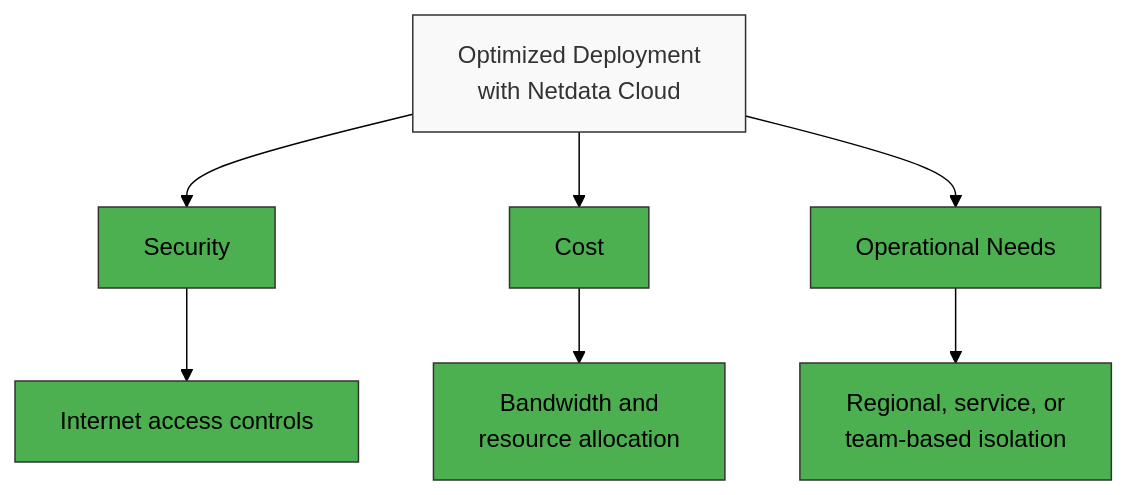
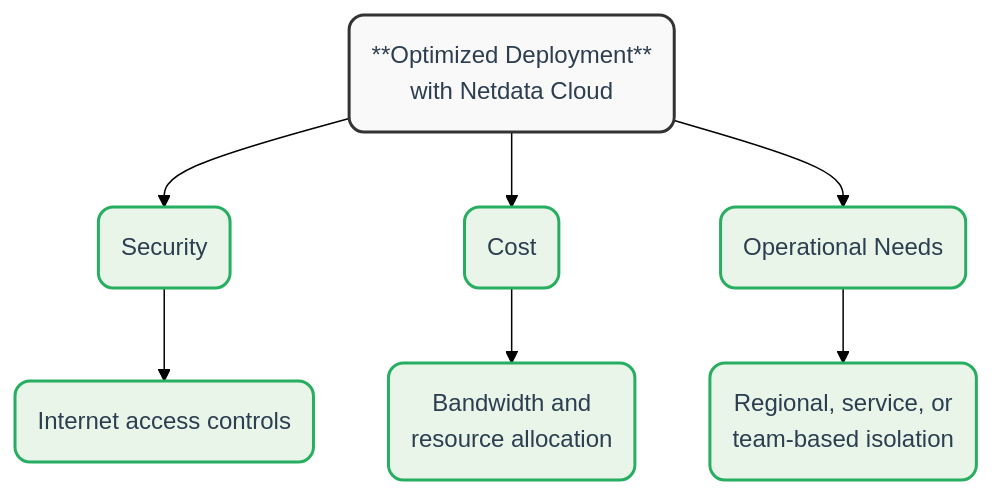
The first of 2 diagrams in docs/observability-centralization-points/best-practices.md (netdata/netdata), drawn with Mermaid (forest theme) before and after one commit. The commit also changed other lines of this file and 7 other files, not shown here.

````diff
--- a/docs/observability-centralization-points/best-practices.md
+++ b/docs/observability-centralization-points/best-practices.md
@@ -14,15 +17,32 @@
 ```mermaid
-graph TD
-    A[Optimized Deployment<br>with Netdata Cloud] --> B[Security]
-    A --> C[Cost]
-    A --> D[Operational Needs]
-    
-    B --> B1[Internet access controls]
-    C --> C1[Bandwidth and<br>resource allocation]
-    D --> D1[Regional, service, or<br>team-based isolation]
-    
-classDef default fill:#f9f9f9,stroke:#333,stroke-width:1px,color:#333;
-classDef green fill:#4caf50,stroke:#333,stroke-width:1px,color:black;
-class A default;
-class B,C,D,B1,C1,D1 green;
+flowchart TB
+    A[A]
+    B[B]
+    C[C]
+    D[D]
+    B1[B1]
+    C1[C1]
+    D1[D1]
+    A("**Optimized Deployment**<br/>with Netdata Cloud")
+    B("Security")
+    C("Cost")
+    D("Operational Needs")
+    B1("Internet access controls")
+    C1("Bandwidth and<br/>resource allocation")
+    D1("Regional, service, or<br/>team-based isolation")
+    A --> B
+    A --> C
+    A --> D
+    B --> B1
+    C --> C1
+    D --> D1
+    classDef default fill: #f9f9f9, stroke: #333, stroke-width: 2px, color: #2c3e50, rx: 10, ry: 10
+    classDef factors fill: #e8f5e8, stroke: #27ae60, stroke-width: 2px, color: #2c3e50, rx: 10, ry: 10
+    class A default
+    class B factors
+    class C factors
+    class D factors
+    class B1 factors
+    class C1 factors
+    class D1 factors
 ```
````
